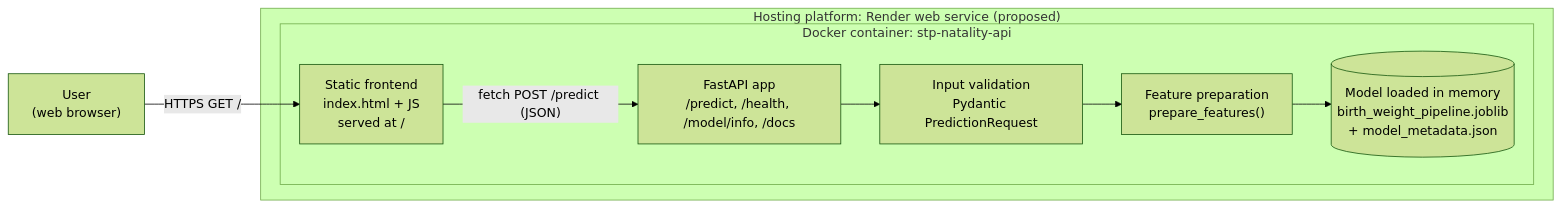
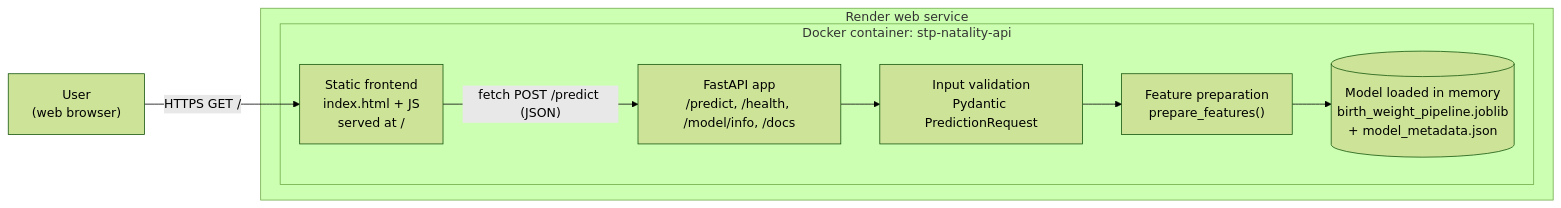
One commit to Avijeettelkar1/stp-natality changed the fifth of 8 diagrams in docs/architecture.md. Above: the diagram before and after it, drawn with Mermaid (forest theme). The commit also changed other lines of this file, not shown here.

Commit message:
docs: architecture diagrams mapped to the MLOps-DSPM components

````diff
--- a/docs/architecture.md
+++ b/docs/architecture.md
@@ -39,16 +131,16 @@
 ```mermaid
 flowchart LR
   User["User<br/>(web browser)"]
-  subgraph Host["Hosting platform: Render web service (proposed)"]
+  subgraph Host["Render web service"]
     subgraph Container["Docker container: stp-natality-api"]
       UI["Static frontend<br/>index.html + JS<br/>served at /"]
       API["FastAPI app<br/>/predict, /health, /model/info, /docs"]
       Val["Input validation<br/>Pydantic PredictionRequest"]
       Feat["Feature preparation<br/>prepare_features()"]
       Model[("Model loaded in memory<br/>birth_weight_pipeline.joblib<br/>+ model_metadata.json")]
     end
   end
   User -- "HTTPS GET /" --> UI
   UI -- "fetch POST /predict (JSON)" --> API
   API --> Val --> Feat --> Model
 ```
````
